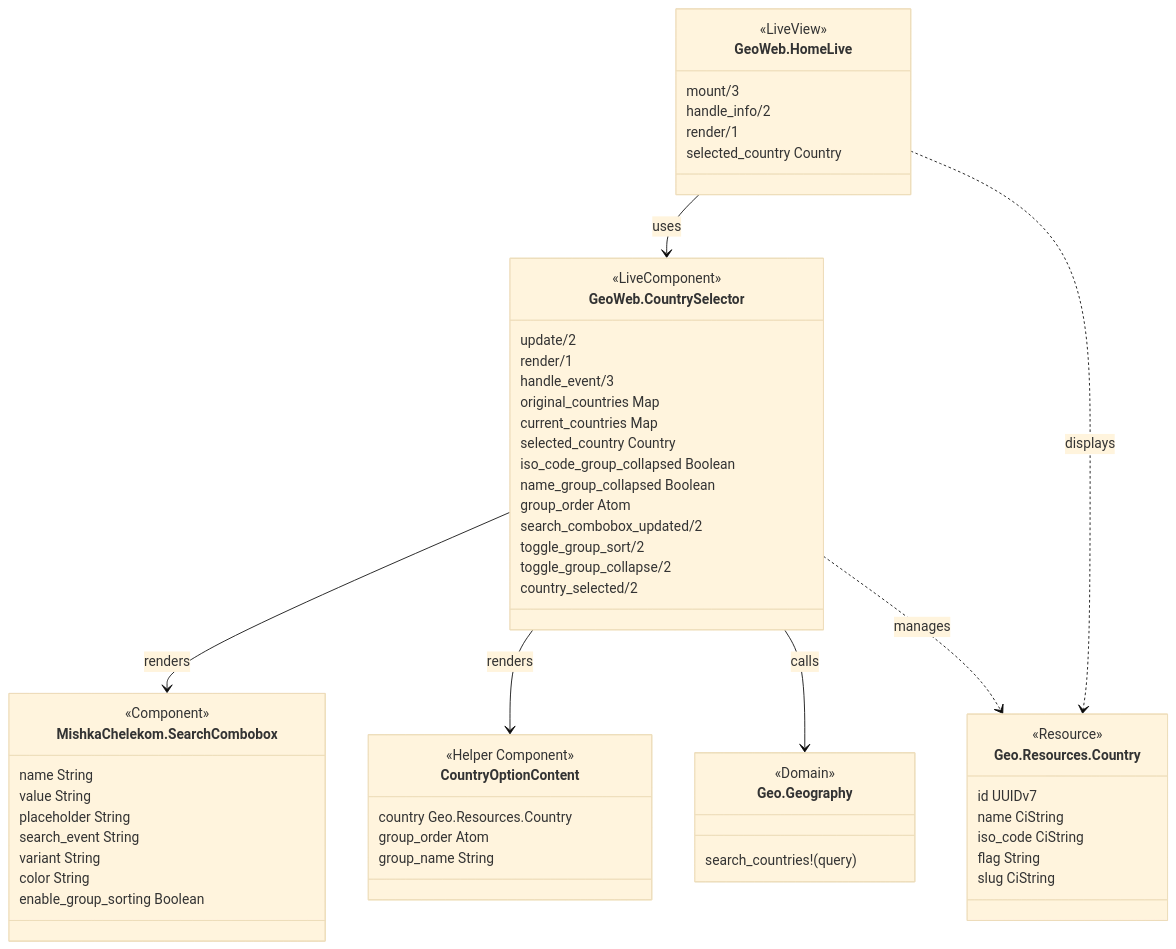
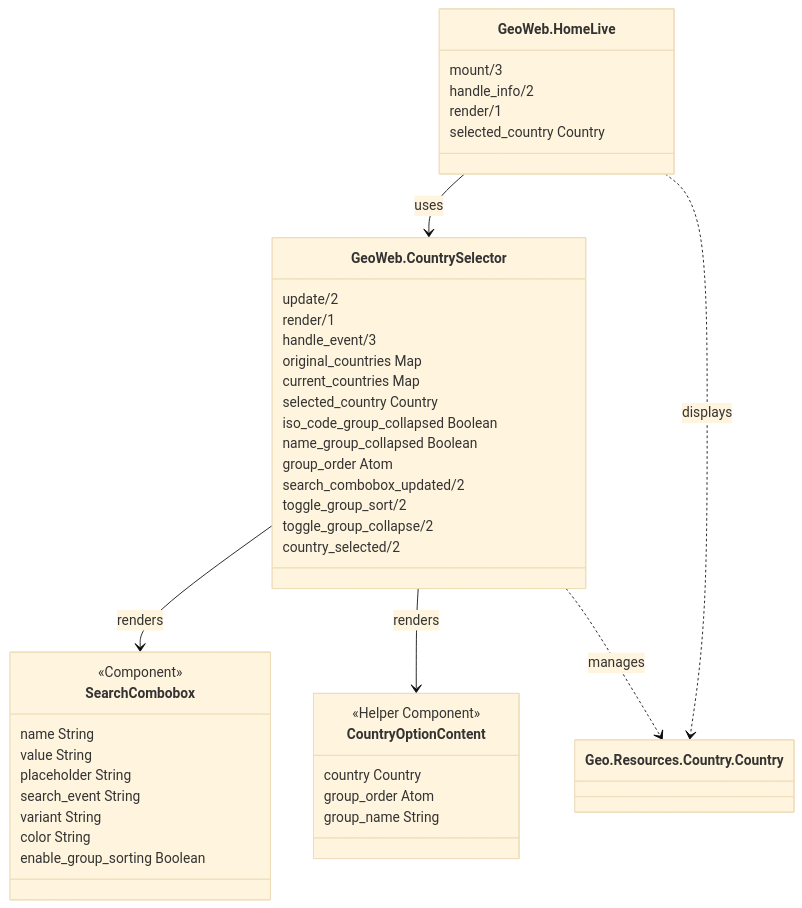
The third of 6 diagrams in README.md (dev-guy/geo), drawn with Mermaid (base theme) before and after one commit. The commit also changed other lines of this file, not shown here.

````diff
--- a/README.md
+++ b/README.md
@@ -226,66 +203,49 @@
 ```mermaid
 classDiagram
     class GeoWeb.HomeLive {
-        <<LiveView>>
         mount/3
         handle_info/2
         render/1
         selected_country Country
     }
     
     class GeoWeb.CountrySelector {
-        <<LiveComponent>>
         update/2
         render/1
         handle_event/3
         original_countries Map
         current_countries Map
         selected_country Country
         iso_code_group_collapsed Boolean
         name_group_collapsed Boolean
         group_order Atom
         search_combobox_updated/2
         toggle_group_sort/2
         toggle_group_collapse/2
         country_selected/2
     }
     
-    class MishkaChelekom.SearchCombobox {
+    class SearchCombobox {
         <<Component>>
         name String
         value String
         placeholder String
         search_event String
         variant String
         color String
         enable_group_sorting Boolean
     }
     
     class CountryOptionContent {
         <<Helper Component>>
-        country Geo.Resources.Country
+        country Country
         group_order Atom
         group_name String
     }
     
-    class Geo.Geography {
-        <<Domain>>
-        search_countries!(query)
-    }
-    
-    class Geo.Resources.Country {
-        <<Resource>>
-        id UUIDv7
-        name CiString
-        iso_code CiString
-        flag String
-        slug CiString
-    }
-    
     GeoWeb.HomeLive --> GeoWeb.CountrySelector : uses
-    GeoWeb.CountrySelector --> MishkaChelekom.SearchCombobox : renders
+    GeoWeb.CountrySelector --> SearchCombobox : renders
     GeoWeb.CountrySelector --> CountryOptionContent : renders
-    GeoWeb.CountrySelector --> Geo.Geography : calls
-    GeoWeb.HomeLive ..> Geo.Resources.Country : displays
-    GeoWeb.CountrySelector ..> Geo.Resources.Country : manages
+    GeoWeb.HomeLive ..> Geo.Resources.Country.Country : displays
+    GeoWeb.CountrySelector ..> Geo.Resources.Country.Country : manages
 ```
````
